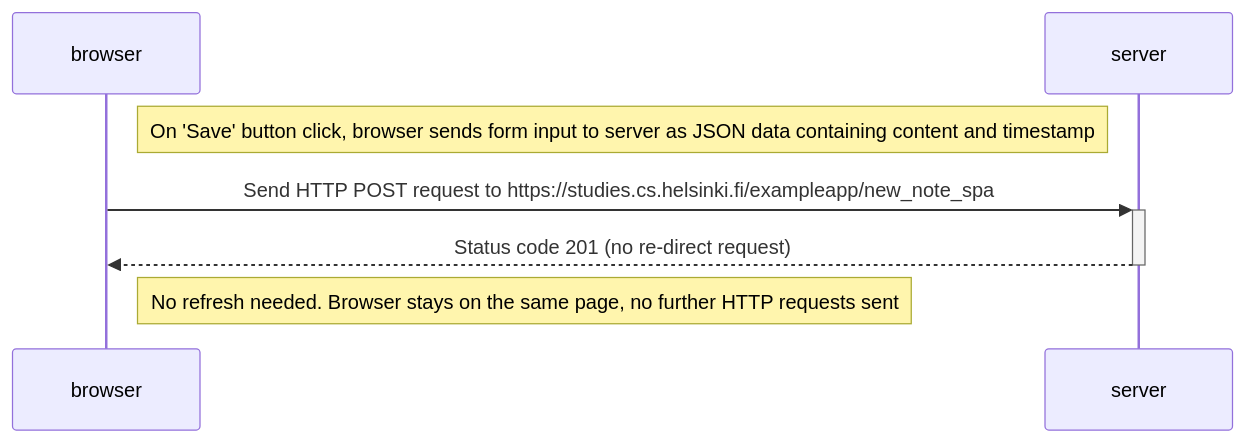
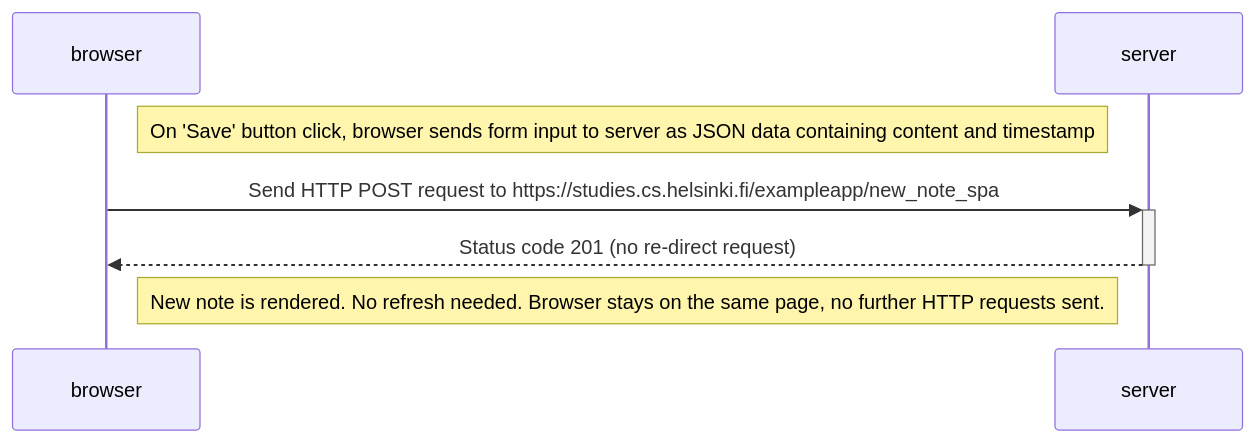
The diagram in part0/0.6_new_note_in_spa_diagram.md (FatimaGC/full-stack-open), drawn with Mermaid before and after one commit.

Commit message:
Add additional comment to new note in spa markdown file

````diff
--- a/part0/0.6_new_note_in_spa_diagram.md
+++ b/part0/0.6_new_note_in_spa_diagram.md
@@ -1,10 +1,10 @@
 ```mermaid
 sequenceDiagram
     participant browser
     participant server
     
     Note right of browser: On 'Save' button click, browser sends form input to server as JSON data containing content and timestamp
     browser->>+server: Send HTTP POST request to https://studies.cs.helsinki.fi/exampleapp/new_note_spa
     server-->>-browser: Status code 201 (no re-direct request)
-    Note right of browser: No refresh needed. Browser stays on the same page, no further HTTP requests sent 
+    Note right of browser: New note is rendered. No refresh needed. Browser stays on the same page, no further HTTP requests sent. 
 ```
````
